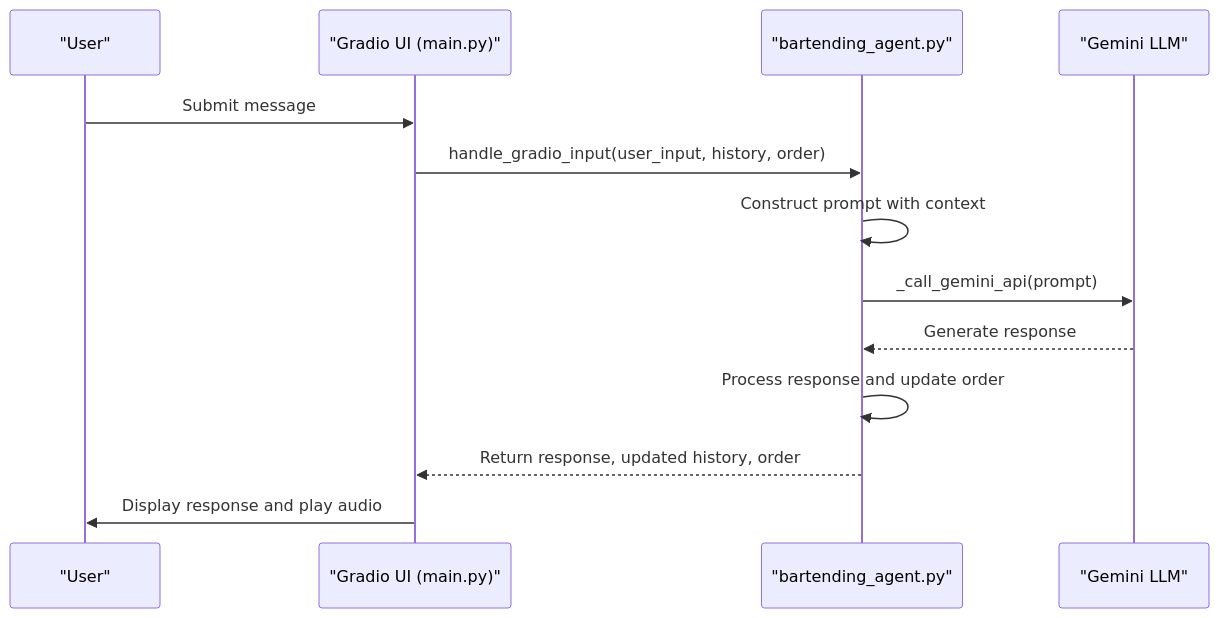
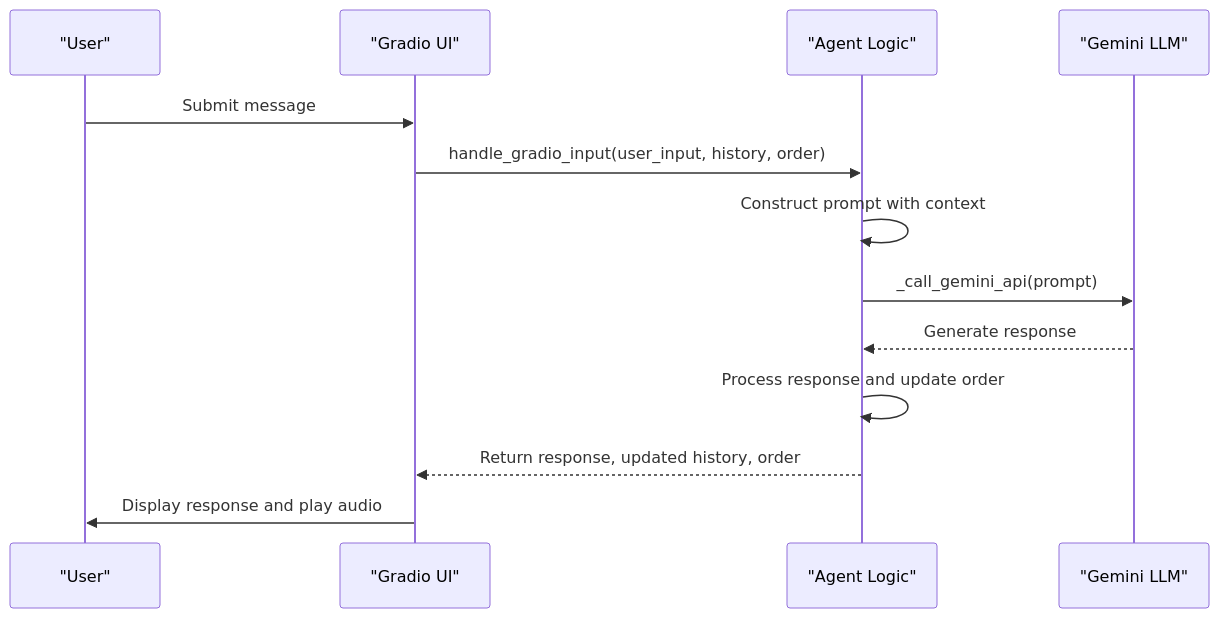
The second of 2 diagrams in .qoder/repowiki/en/content/AI Integration/Response Processing and Order Extraction.md (MOK-5-ha/MayaBartendingAgent), drawn with Mermaid before and after one commit. The commit also changed other lines of this file and 14 other files, not shown here.

````diff
--- a/.qoder/repowiki/en/content/AI Integration/Response Processing and Order Extraction.md
+++ b/.qoder/repowiki/en/content/AI Integration/Response Processing and Order Extraction.md
@@ -65,15 +73,15 @@
 ```mermaid
 sequenceDiagram
 participant User as "User"
-participant UI as "Gradio UI (main.py)"
-participant Agent as "bartending_agent.py"
+participant UI as "Gradio UI"
+participant Agent as "Agent Logic"
 participant LLM as "Gemini LLM"
 User->>UI : Submit message
 UI->>Agent : handle_gradio_input(user_input, history, order)
 Agent->>Agent : Construct prompt with context
 Agent->>LLM : _call_gemini_api(prompt)
 LLM-->>Agent : Generate response
 Agent->>Agent : Process response and update order
 Agent-->>UI : Return response, updated history, order
 UI->>User : Display response and play audio
 ```
````
